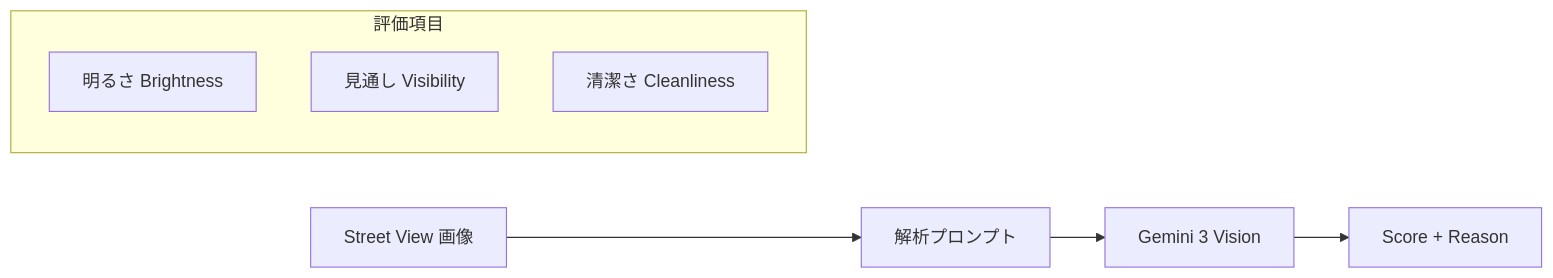
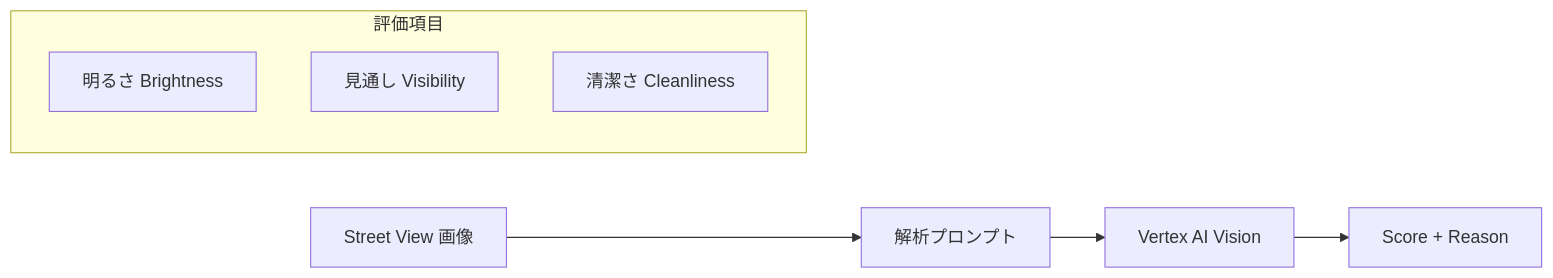
The fourth of 5 diagrams in Docs/確定/08_AIプロンプト設計書.md (Ryg-appdev/safe-routing-ai-navigation), drawn with Mermaid before and after one commit. The commit also changed other lines of this file and 12 other files, not shown here.

````diff
--- a/Docs/確定/08_AIプロンプト設計書.md
+++ b/Docs/確定/08_AIプロンプト設計書.md
@@ -111,12 +111,12 @@
 ```mermaid
 flowchart LR
     IMG[Street View 画像] --> PROMPT[解析プロンプト]
-    PROMPT --> G3[Gemini 3 Vision]
+    PROMPT --> G3[Vertex AI Vision]
     G3 --> OUT[Score + Reason]
     
     subgraph 評価項目
         L[明るさ Brightness]
         V[見通し Visibility]
         C[清潔さ Cleanliness]
     end
 ```
````
